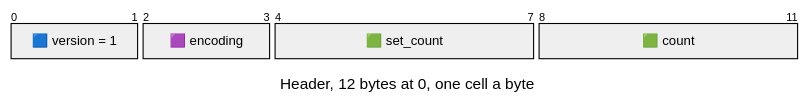
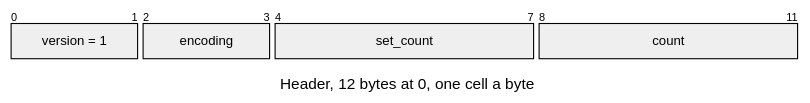
One commit to jose-villegas/autana changed the diagram in docs/assets/formats/LCOL.md. Above: the diagram before and after it, drawn with Mermaid. The commit also changed 13 other files, not shown here.

Commit message:
formats: fill each packet box by its field's role through themeCSS the role gate writes, replacing the label squares (autana-edcif)

````diff
--- a/docs/assets/formats/LCOL.md
+++ b/docs/assets/formats/LCOL.md
@@ -13,14 +13,15 @@
 ```mermaid
 ---
 config:
+  themeCSS: "g:nth-of-type(2) rect:nth-of-type(1) { fill: #8fb3ee !important; } g:nth-of-type(2) rect:nth-of-type(2) { fill: #c7aaee !important; } g:nth-of-type(2) rect:nth-of-type(3) { fill: #93d6b0 !important; } g:nth-of-type(2) rect:nth-of-type(4) { fill: #93d6b0 !important; } .packetLabel { fill: #1b1b1b !important; }"
   packet:
     bitsPerRow: 12
     bitWidth: 60
 ---
 packet-beta
 title Header, 12 bytes at 0, one cell a byte
-0-1: "🟦 version = 1"
-2-3: "🟪 encoding"
-4-7: "🟩 set_count"
-8-11: "🟩 count"
+0-1: "version = 1"
+2-3: "encoding"
+4-7: "set_count"
+8-11: "count"
 ```
````
